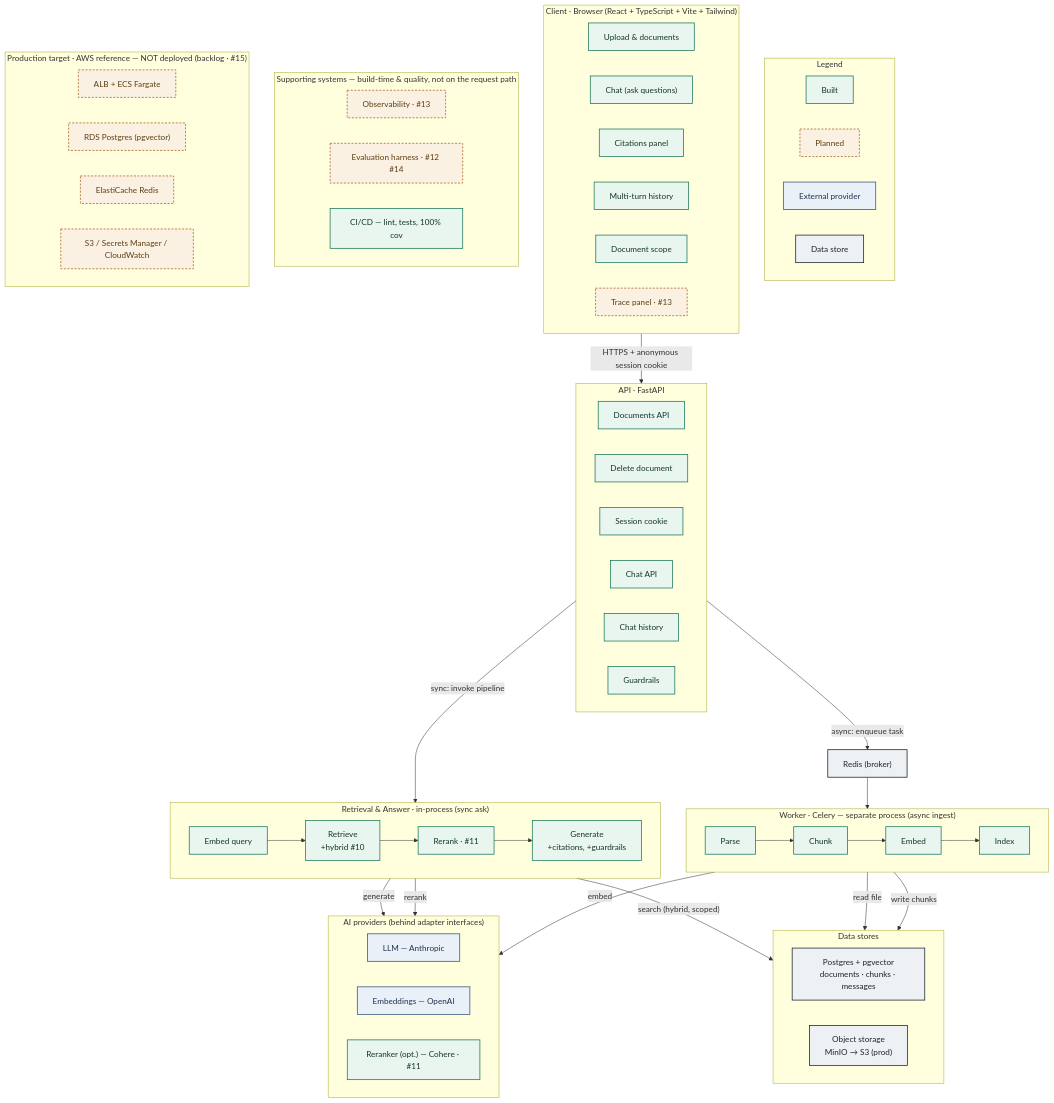
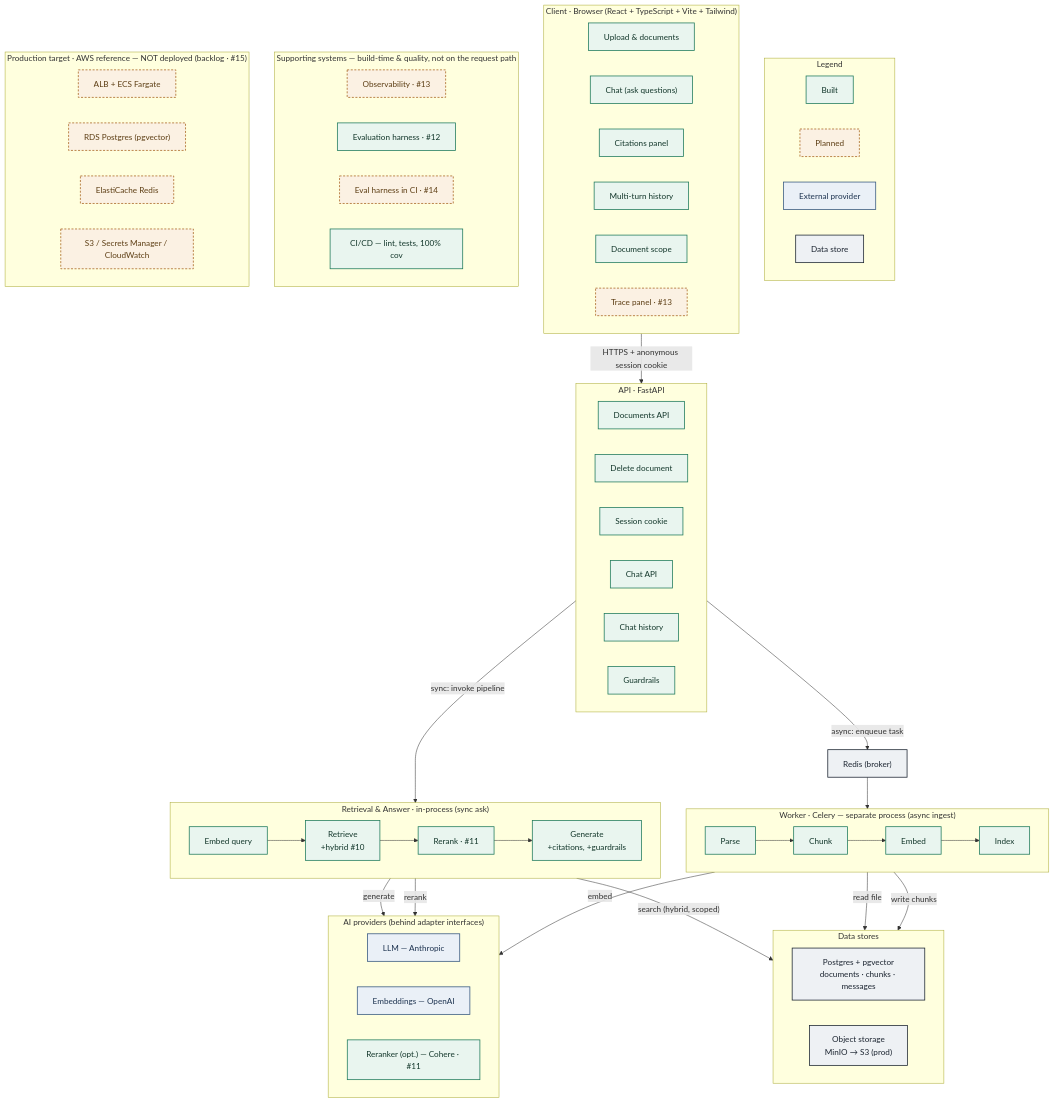
Before and after one commit to amiaynara/chat-with-your-docs: the diagram in docs/architecture.md, drawn with Mermaid. The commit also changed other lines of this file and 10 other files, not shown here.

First line of the commit message:
feat: evaluation harness for retrieval and answer quality (#13)

```diff
--- a/docs/architecture.md
+++ b/docs/architecture.md
@@ -77,7 +77,8 @@
     subgraph SUPPORT["Supporting systems — build-time & quality, not on the request path"]
         direction LR
         S1["Observability · #13"]:::planned
-        S2["Evaluation harness · #12 #14"]:::planned
+        S2["Evaluation harness · #12"]:::built
+        S2b["Eval harness in CI · #14"]:::planned
         S3["CI/CD — lint, tests, 100% cov"]:::built
     end
 
```
